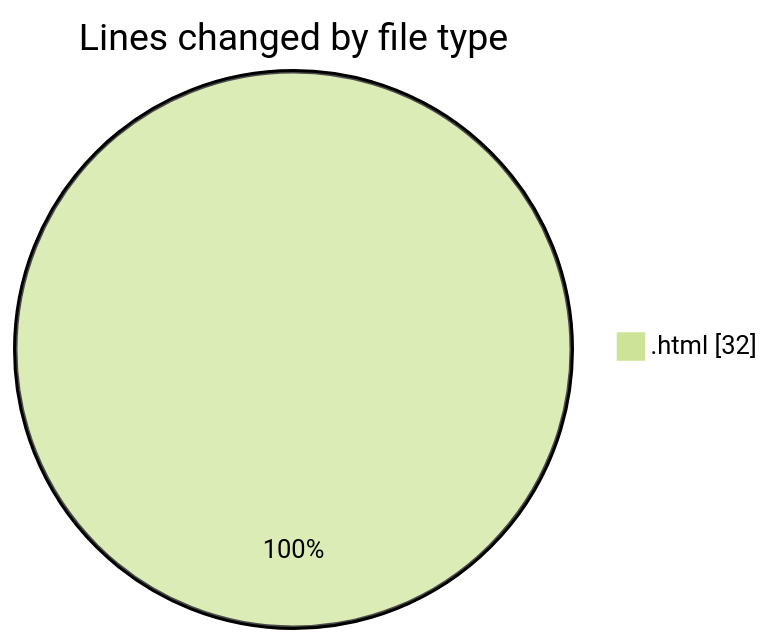
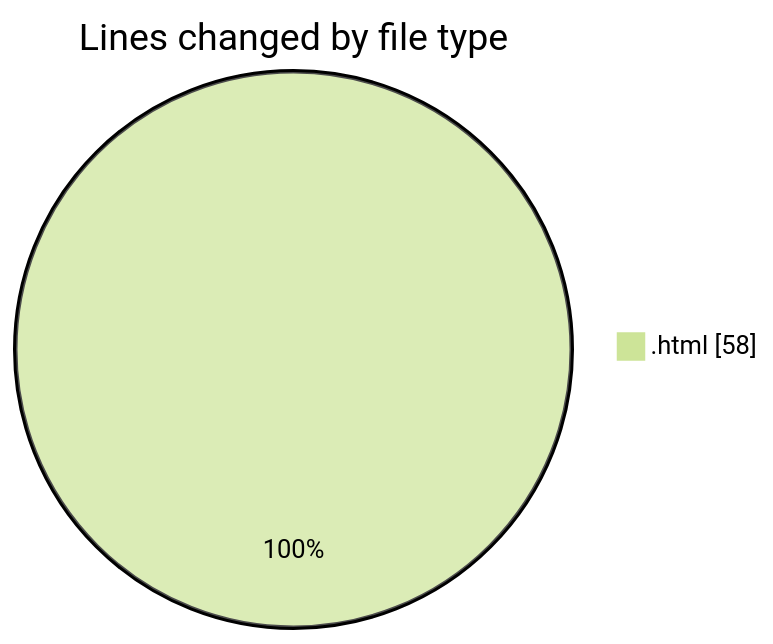
One commit to hasnaa123/code-tracking changed the first of 2 diagrams in 2025-12-13/technologie_web/README.md. Above: the diagram before and after it, drawn with Mermaid (forest theme). The commit also changed other lines of this file and 1 other file, not shown here.

````diff
--- a/2025-12-13/technologie_web/README.md
+++ b/2025-12-13/technologie_web/README.md
@@ -20,5 +20,5 @@
 ```mermaid
 pie showData
 title Lines changed by file type
-".html" : 32
+".html" : 58
 ```
````
